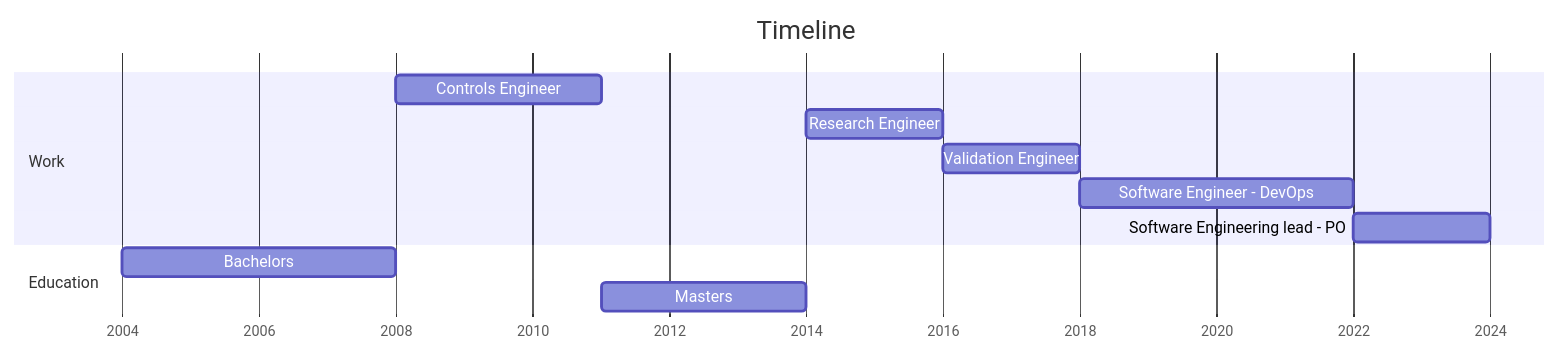
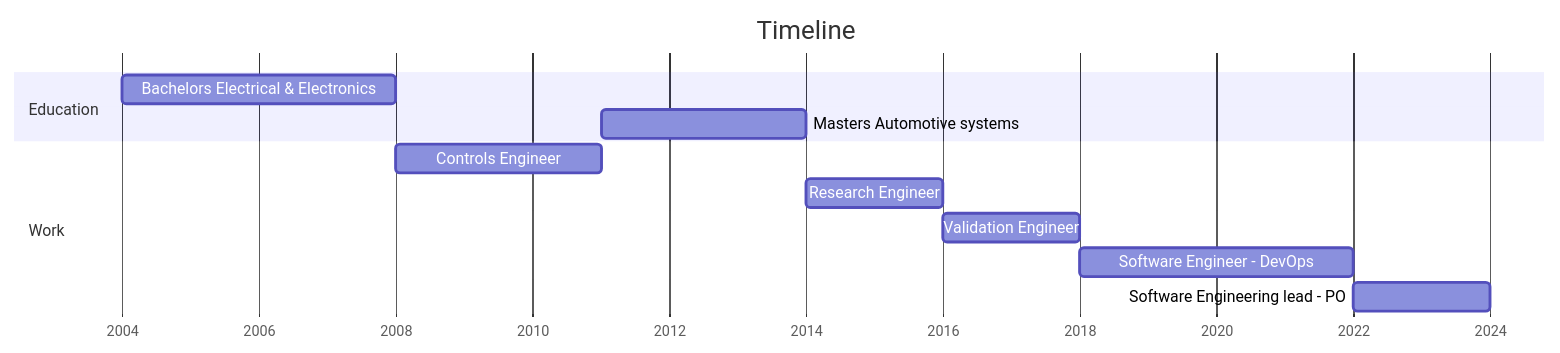
One commit to kar-ven/kar-ven.github.io changed the diagram in README.md. Above: the diagram before and after it, drawn with Mermaid.

Commit message:
update cv

```diff
--- a/README.md
+++ b/README.md
@@ -3,15 +3,16 @@
 <pre class="mermaid">
 gantt
     title Timeline
     dateFormat YYYY
     axisFormat %Y
+    Section Education
+    Bachelors Electrical & Electronics :2004, 2008
+    Masters Automotive systems         :2011, 2014
     section Work
-    Controls Engineer              :2008, 2011
-    Research Engineer              :2014, 2016
-    Validation Engineer            :2016, 2018
-    Software Engineer - DevOps     :2018, 2022
-    Software Engineering lead - PO :2022, 2024
-    Section Education
-    Bachelors                      :2004, 2008
-    Masters                        :2011, 2014
+    Controls Engineer                  :2008, 2011
+    Research Engineer                  :2014, 2016
+    Validation Engineer                :2016, 2018
+    Software Engineer - DevOps         :2018, 2022
+    Software Engineering lead - PO     :2022, 2024
+
 </pre>
```
